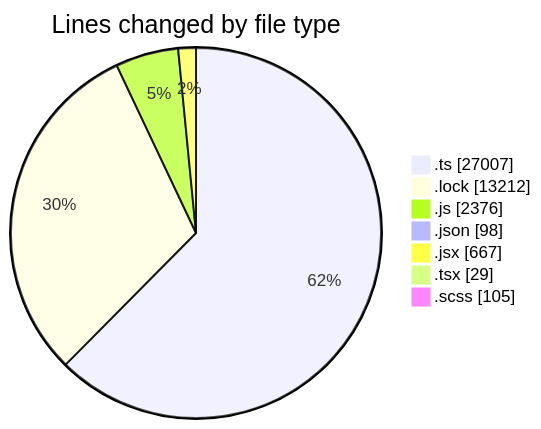
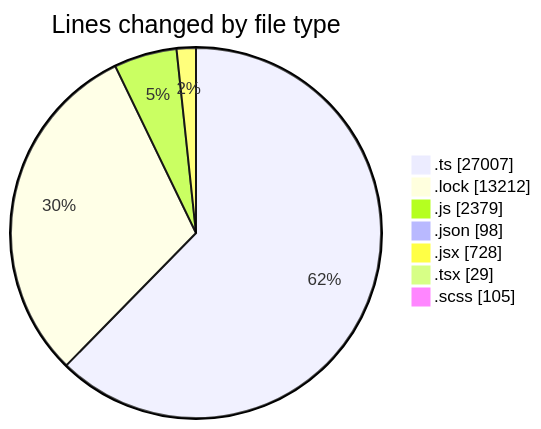
The first of 2 diagrams in 2025-05-16/cda/README.md (momahboobian/code-tracking), drawn with Mermaid before and after one commit. The commit also changed other lines of this file and 1 other file, not shown here.

````diff
--- a/2025-05-16/cda/README.md
+++ b/2025-05-16/cda/README.md
@@ -40,11 +42,11 @@
 ```mermaid
 pie showData
 title Lines changed by file type
 ".ts" : 27007
 ".lock" : 13212
-".js" : 2376
+".js" : 2379
 ".json" : 98
-".jsx" : 667
+".jsx" : 728
 ".tsx" : 29
 ".scss" : 105
 ```
````
